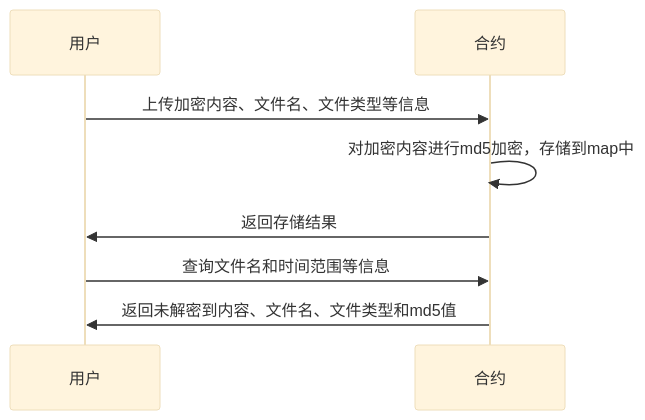
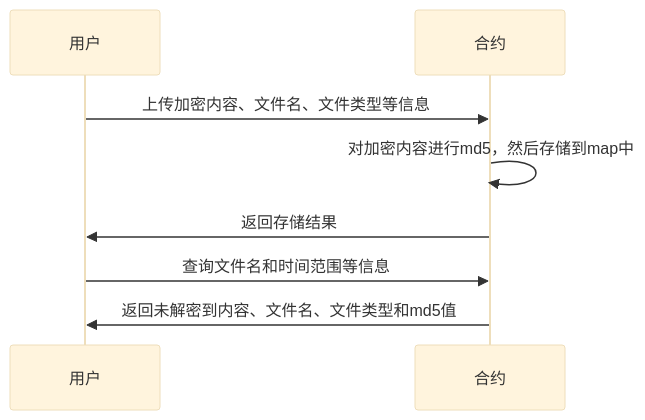
The second of 5 diagrams in doc/合约存取共享.md (MoyunRz/store-data), drawn with Mermaid (base theme) before and after one commit. The commit also changed other lines of this file, not shown here.

Commit message:
修改流程图解释

````diff
--- a/doc/合约存取共享.md
+++ b/doc/合约存取共享.md
@@ -25,12 +25,12 @@
 ```mermaid
 sequenceDiagram
     participant 用户
     participant 合约
 
     用户->>合约: 上传加密内容、文件名、文件类型等信息
-    合约->>合约: 对加密内容进行md5加密，存储到map中
+    合约->>合约: 对加密内容进行md5，然后存储到map中
     合约->>用户: 返回存储结果
     用户->>合约: 查询文件名和时间范围等信息
     合约->>用户: 返回未解密到内容、文件名、文件类型和md5值
 
 ```
````
